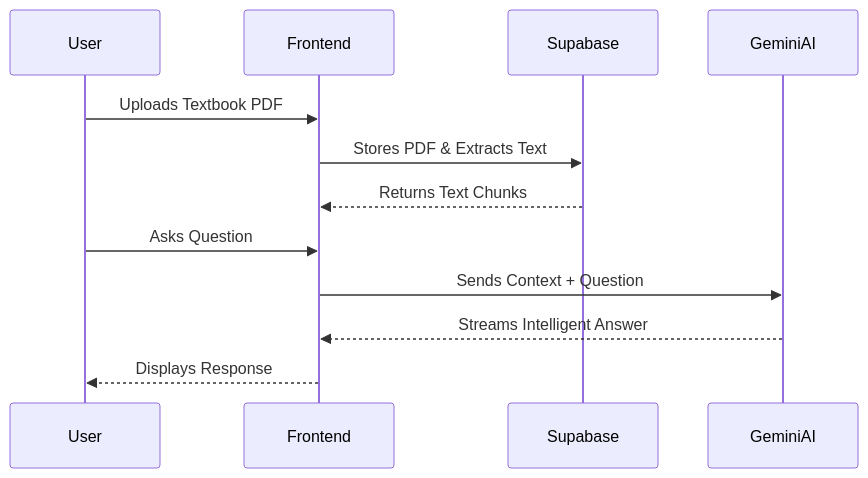
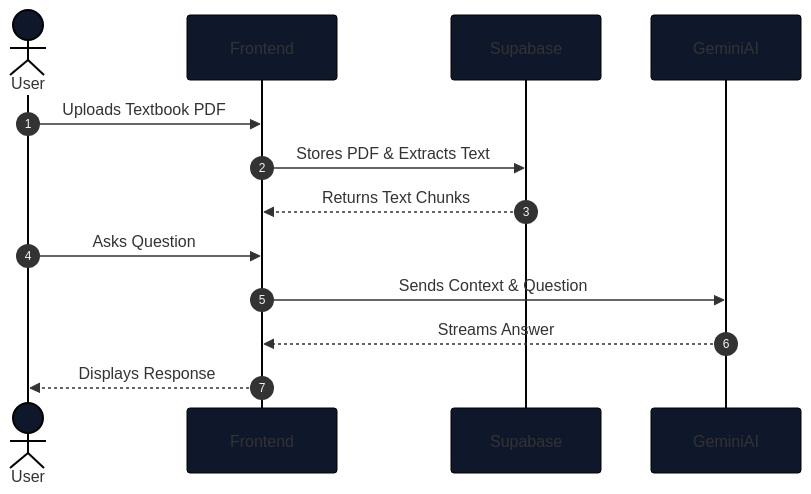
The second of 4 diagrams in README.md (divyanshus2404/BlueBottleCap-Saas), drawn with Mermaid before and after one commit. The commit also changed other lines of this file, not shown here.

Commit message:
style: fix mermaid chart overlapping and layout issues using elk renderer

````diff
--- a/README.md
+++ b/README.md
@@ -49,15 +52,17 @@
 ```mermaid
+%%{init: {"theme": "base", "themeVariables": {"primaryColor": "#0f172a", "edgeLabelBackground": "#1e293b", "tertiaryColor": "#1e293b"}}}%%
 sequenceDiagram
-    participant User
+    autonumber
+    actor User
     participant Frontend
     participant Supabase
     participant GeminiAI
     
     User->>Frontend: Uploads Textbook PDF
     Frontend->>Supabase: Stores PDF & Extracts Text
     Supabase-->>Frontend: Returns Text Chunks
     User->>Frontend: Asks Question
-    Frontend->>GeminiAI: Sends Context + Question
-    GeminiAI-->>Frontend: Streams Intelligent Answer
+    Frontend->>GeminiAI: Sends Context & Question
+    GeminiAI-->>Frontend: Streams Answer
     Frontend-->>User: Displays Response
 ```
````
